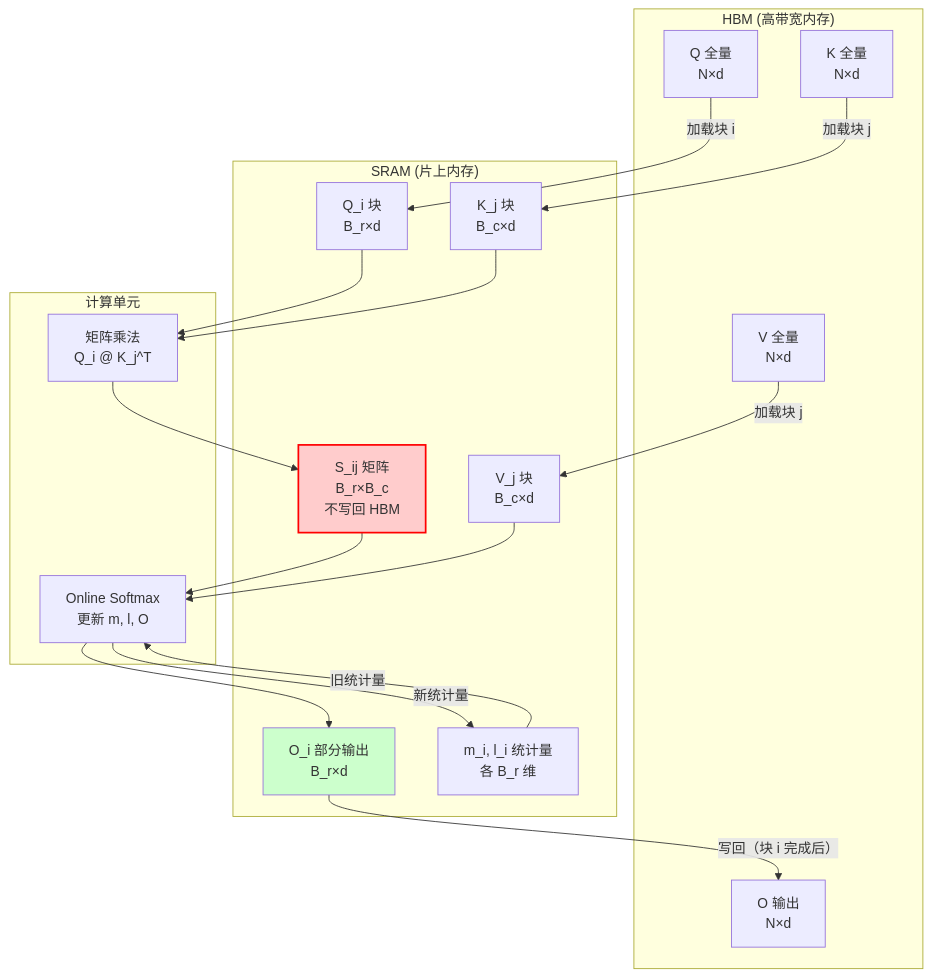
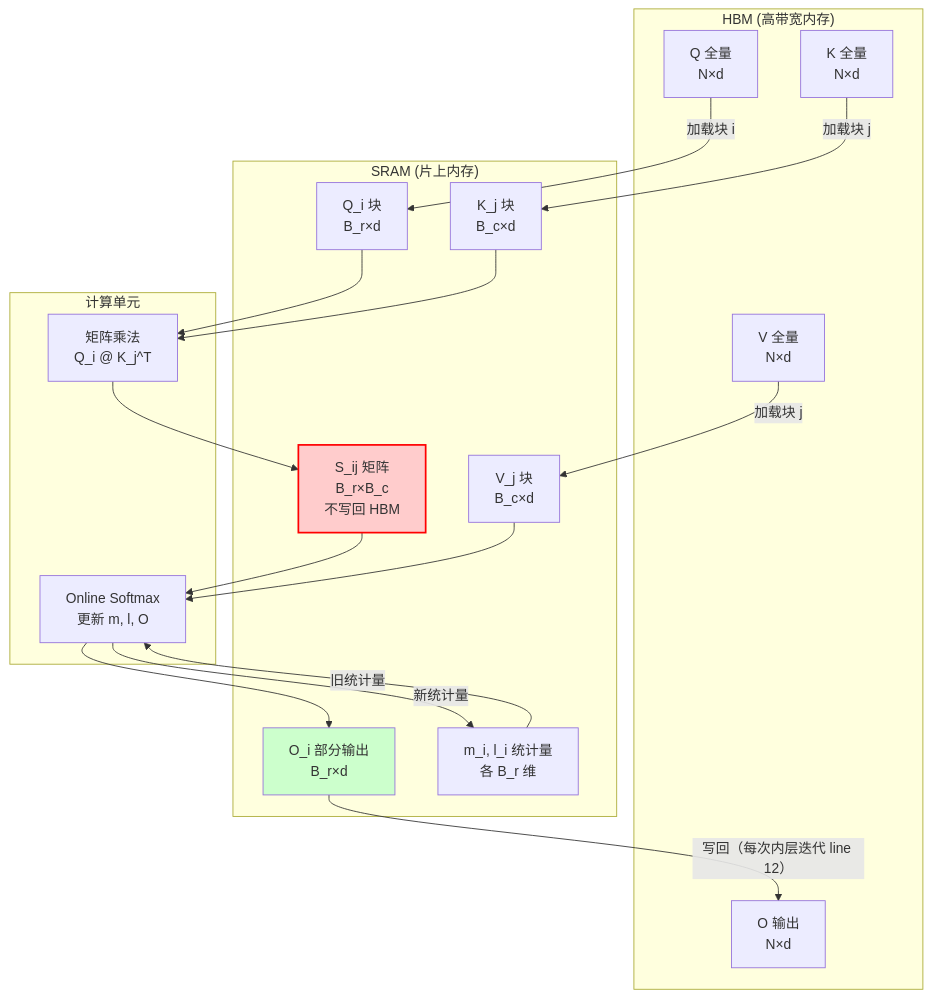
Before and after one commit to meraks/ArxivPaperReader: the second of 4 diagrams in DeepReadings/2022-05-27-flashattention.md, drawn with Mermaid. The commit also changed other lines of this file and 157 other files, not shown here.

````diff
--- a/DeepReadings/2022-05-27-flashattention.md
+++ b/DeepReadings/2022-05-27-flashattention.md
@@ -546,42 +539,42 @@
 ```mermaid
 graph TB
     subgraph HBM["HBM (高带宽内存)"]
         Q_full[Q 全量<br/>N×d]
         K_full[K 全量<br/>N×d]
         V_full[V 全量<br/>N×d]
         O_full[O 输出<br/>N×d]
     end
     
     subgraph SRAM["SRAM (片上内存)"]
         Q_block[Q_i 块<br/>B_r×d]
         K_block[K_j 块<br/>B_c×d]
         V_block[V_j 块<br/>B_c×d]
         S_ij[S_ij 矩阵<br/>B_r×B_c<br/>不写回 HBM]
         O_part[O_i 部分输出<br/>B_r×d]
         stats[m_i, l_i 统计量<br/>各 B_r 维]
     end
     
     subgraph Compute["计算单元"]
         TC1[矩阵乘法<br/>Q_i @ K_j^T]
         Softmax[Online Softmax<br/>更新 m, l, O]
     end
     
     Q_full -->|加载块 i| Q_block
     K_full -->|加载块 j| K_block
     V_full -->|加载块 j| V_block
     
     Q_block --> TC1
     K_block --> TC1
     TC1 --> S_ij
     
     S_ij --> Softmax
     V_block --> Softmax
     stats -->|旧统计量| Softmax
     Softmax -->|新统计量| stats
     Softmax --> O_part
     
-    O_part -->|写回（块 i 完成后）| O_full
+    O_part -->|写回（每次内层迭代 line 12）| O_full
     
     style S_ij fill:#ffcccc,stroke:#ff0000,stroke-width:2px
     style O_part fill:#ccffcc
 ```
````
